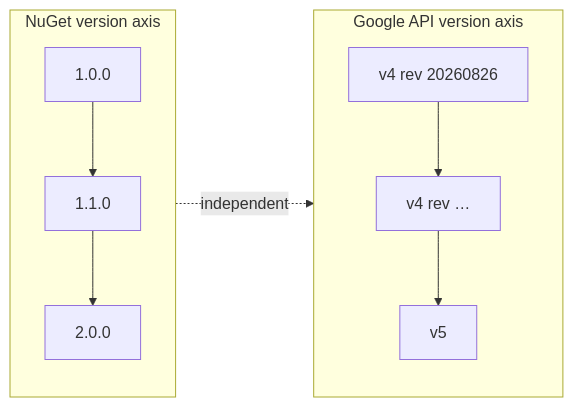
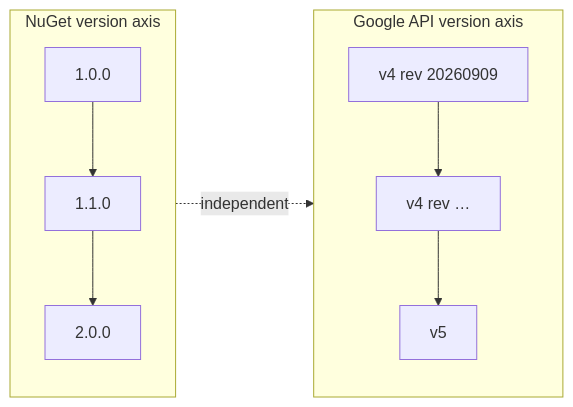
One commit to kkdev92/health-data-dotnet changed the diagram in docs/compatibility.md. Above: the diagram before and after it, drawn with Mermaid. The commit also changed 8 other files, not shown here.

````diff
--- a/docs/compatibility.md
+++ b/docs/compatibility.md
@@ -6,10 +6,10 @@
 ```mermaid
 flowchart LR
     subgraph NUGET["NuGet version axis"]
         N1["1.0.0"] --> N2["1.1.0"] --> N3["2.0.0"]
     end
     subgraph GOOGLE["Google API version axis"]
-        G1["v4 rev 20260826"] --> G2["v4 rev …"] --> G3["v5"]
+        G1["v4 rev 20260909"] --> G2["v4 rev …"] --> G3["v5"]
     end
     NUGET -.->|"independent"| GOOGLE
 ```
````
